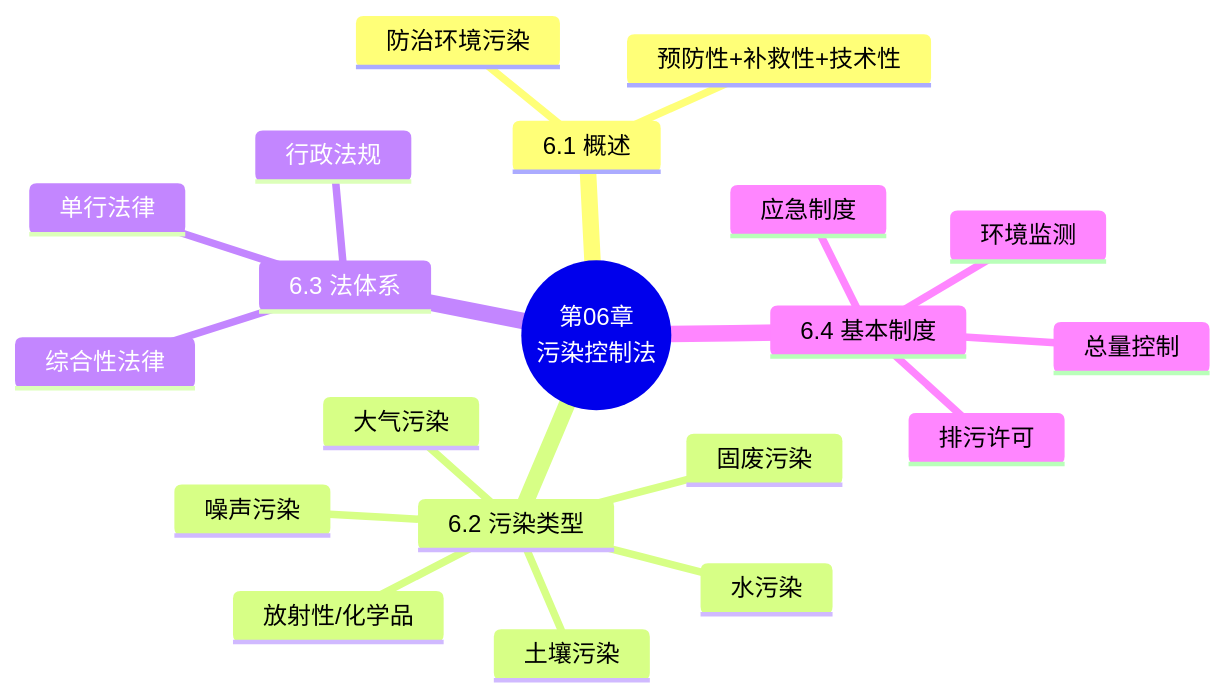
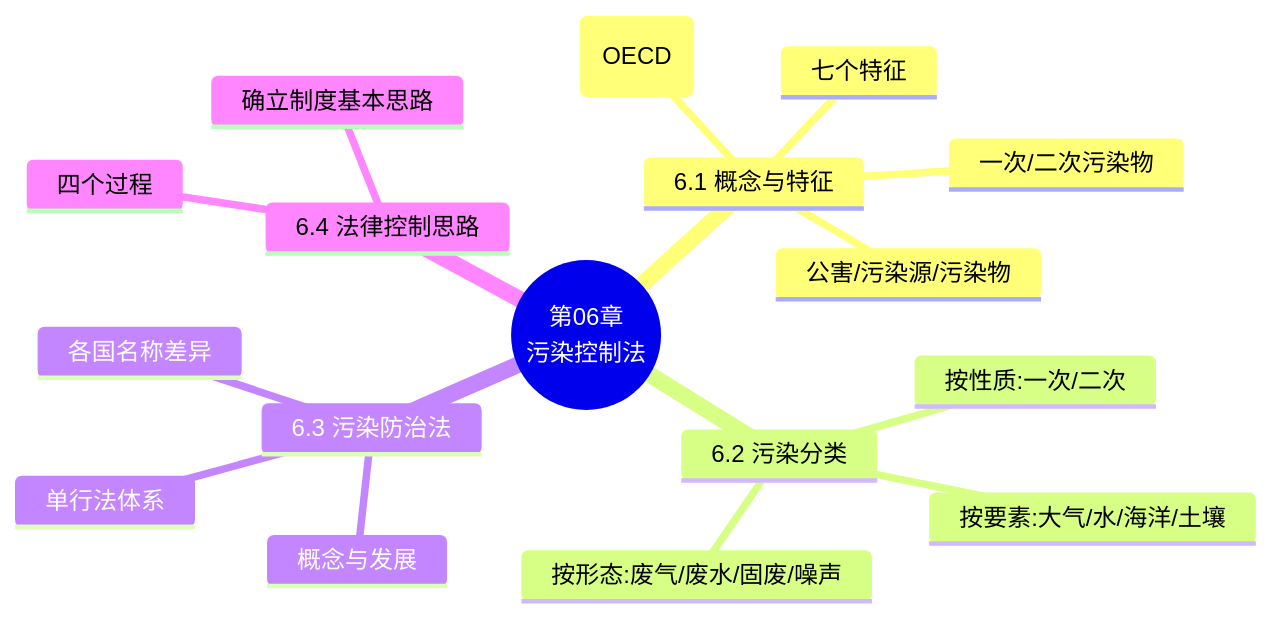
One commit to dao-genesis/xuexi-fuxi changed the diagram in 环境法学/02_解析成果/_素材/_第06章_污染控制法.md. Above: the diagram before and after it, drawn with Mermaid. The commit also changed other lines of this file and 6 other files, not shown here.

````diff
--- a/环境法学/02_解析成果/_素材/_第06章_污染控制法.md
+++ b/环境法学/02_解析成果/_素材/_第06章_污染控制法.md
@@ -53,23 +51,20 @@
 ```mermaid
 mindmap
   root((第06章<br/>污染控制法))
-    6.1 概述
-      防治环境污染
-      预防性+补救性+技术性
-    6.2 污染类型
-      大气污染
-      水污染
-      土壤污染
-      固废污染
-      噪声污染
-      放射性/化学品
-    6.3 法体系
-      综合性法律
-      单行法律
-      行政法规
-    6.4 基本制度
-      排污许可
-      总量控制
-      环境监测
-      应急制度
+    6.1 概念与特征
+      环境污染(OECD)
+      公害/污染源/污染物
+      一次/二次污染物
+      七个特征
+    6.2 污染分类
+      按性质:一次/二次
+      按要素:大气/水/海洋/土壤
+      按形态:废气/废水/固废/噪声
+    6.3 污染防治法
+      概念与发展
+      单行法体系
+      各国名称差异
+    6.4 法律控制思路
+      四个过程
+      确立制度基本思路
 ```
````
